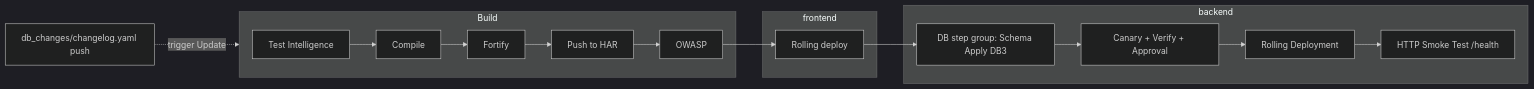
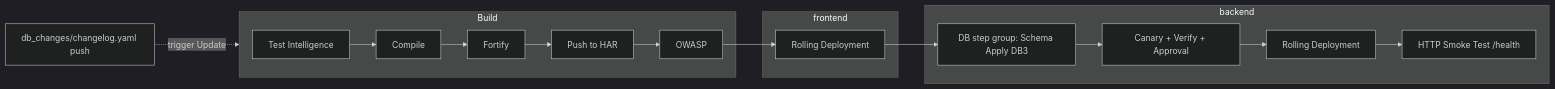
One commit to mansong1/amex-harness-workshop changed the diagram in reference/README.md. Above: the diagram before and after it, drawn with Mermaid (dark theme). The commit also changed other lines of this file and 13 other files, not shown here.

````diff
--- a/reference/README.md
+++ b/reference/README.md
@@ -14,21 +14,21 @@
 ```mermaid
 flowchart LR
   subgraph build [Build]
     TI[Test Intelligence]
     Compile[Compile]
     Fortify[Fortify]
     HAR[Push to HAR]
     OWASP[OWASP]
   end
   subgraph fe [frontend]
-    Roll[Rolling deploy]
+    Roll[Rolling Deployment]
   end
   subgraph be [backend]
     DB[DB step group: Schema Apply DB3]
     Canary[Canary + Verify + Approval]
     Rolling[Rolling Deployment]
     Smoke["HTTP Smoke Test /health"]
   end
   TI --> Compile --> Fortify --> HAR --> OWASP --> Roll --> DB --> Canary --> Rolling --> Smoke
   changelog[db_changes/changelog.yaml push] -.->|trigger Update| build
 ```
````
